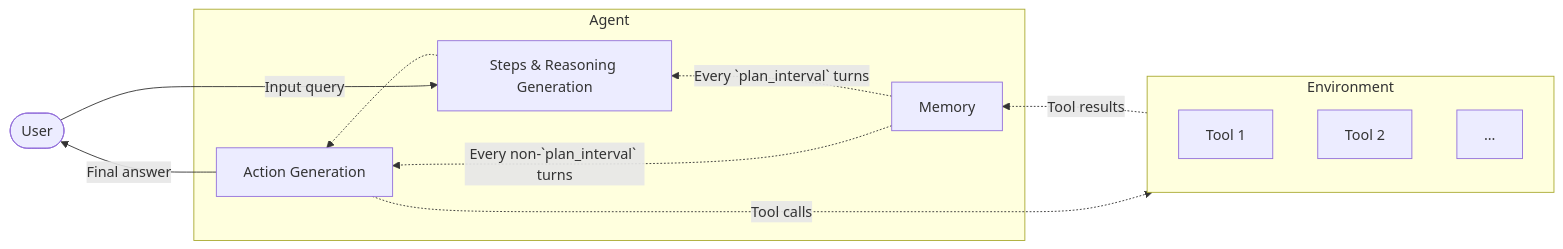
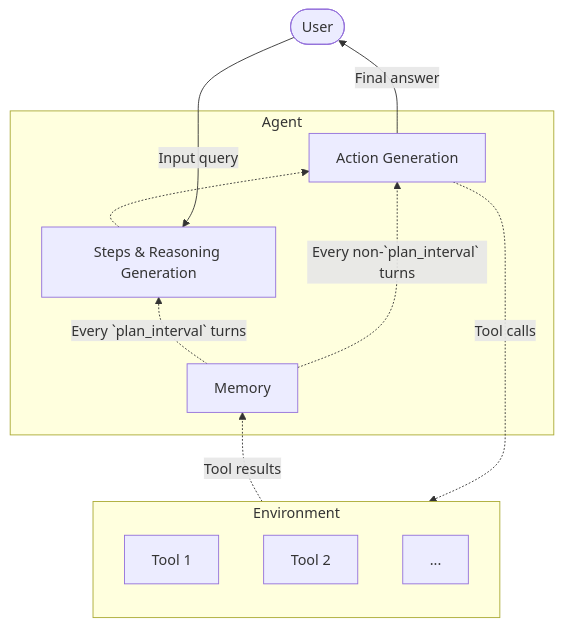
One commit to filchy/tinygent changed the diagram in examples/agents/multi-step/README.md. Above: the diagram before and after it, drawn with Mermaid. The commit also changed other lines of this file and 11 other files, not shown here.

````diff
--- a/examples/agents/multi-step/README.md
+++ b/examples/agents/multi-step/README.md
@@ -6,25 +6,25 @@
 ```mermaid
-flowchart RL
+flowchart BT
 
 userInputId([User])
 
 subgraph agentId[Agent]
     stepsGeneratorId[Steps & Reasoning Generation]
     actionGeneratorId[Action Generation]
     memoryId[Memory]
 end
 
 subgraph envId[Environment]
     toolId1[Tool 1]
     toolId2[Tool 2]
     ...
 end
 
 userInputId -->|Input query| stepsGeneratorId
 stepsGeneratorId -.-> actionGeneratorId
 actionGeneratorId -.->|Tool calls| envId
 actionGeneratorId -->|Final answer| userInputId
 envId -.->|Tool results| memoryId
 memoryId -.->|Every `plan_interval` turns| stepsGeneratorId
 memoryId -.->|Every non-`plan_interval` turns| actionGeneratorId
 ```
````
